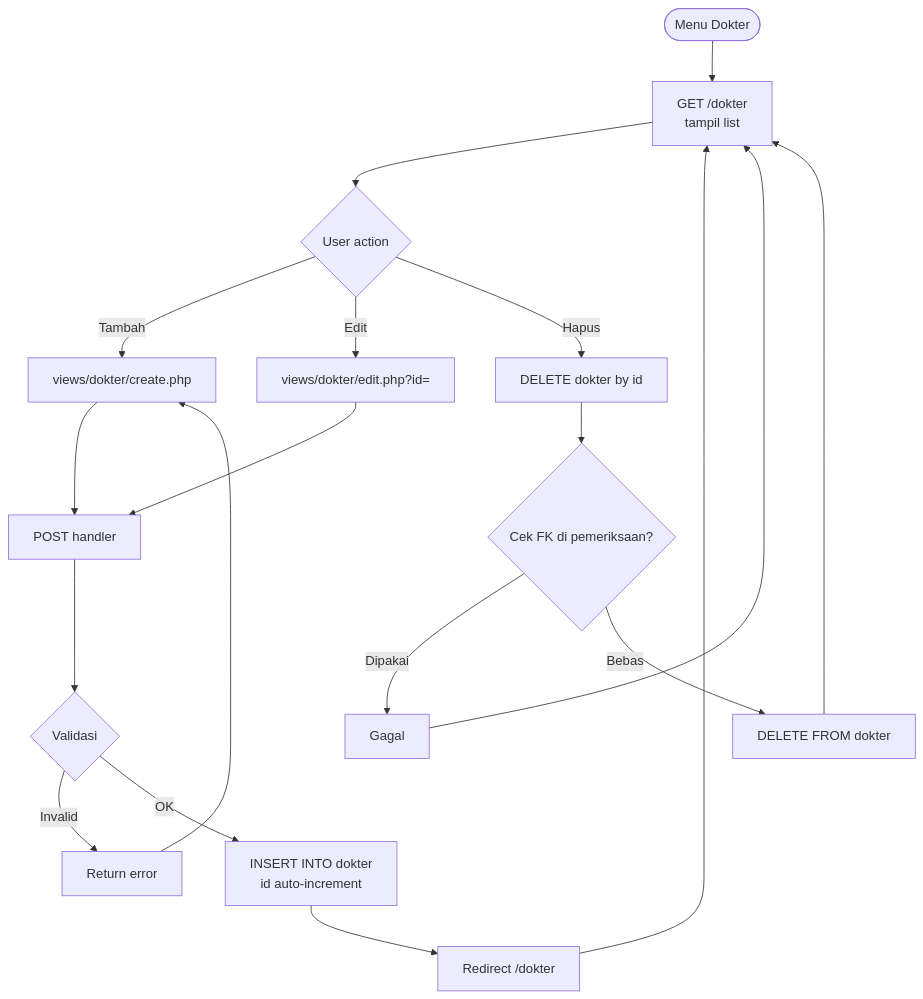
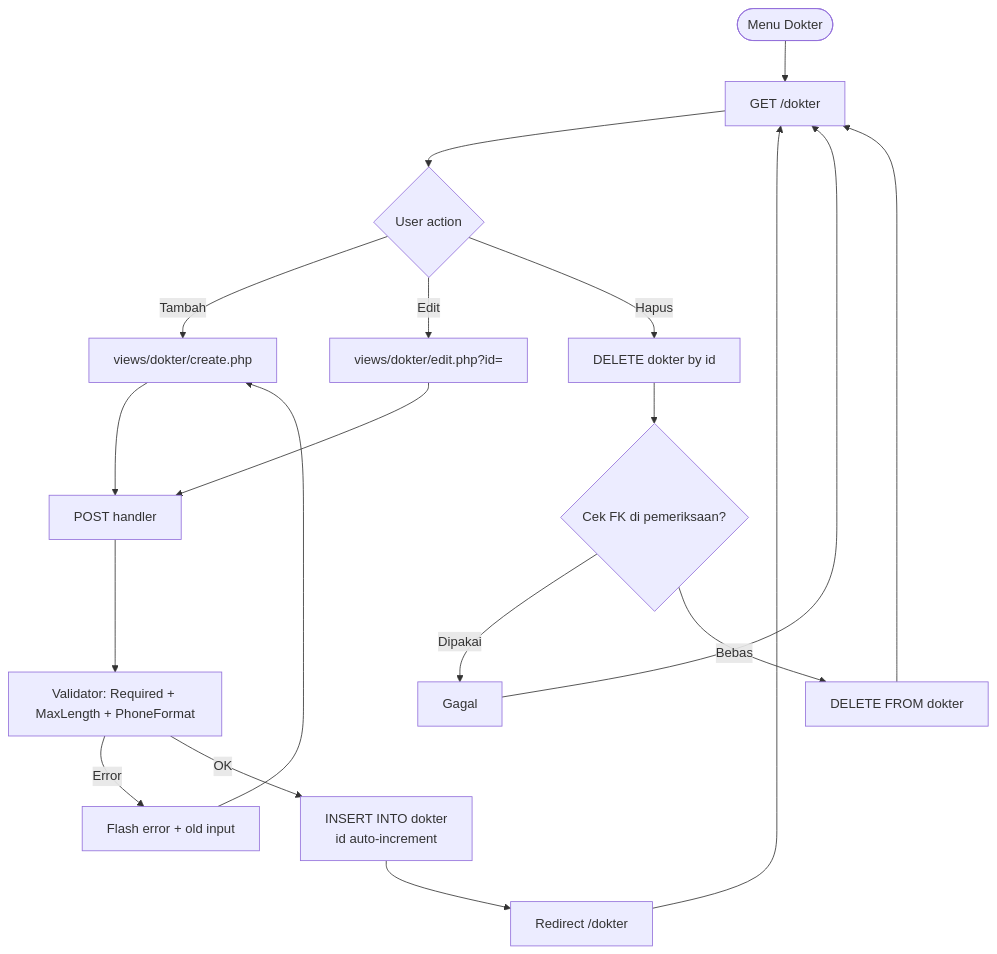
The fourth of 13 diagrams in docs/business-logic.md (TudeOrangBiasa/silk-swarakarna-uas), drawn with Mermaid before and after one commit. The commit also changed other lines of this file and 2 other files, not shown here.

First line of the commit message:
docs: rewrite README + architecture + business-logic (Caveman + Humanizer)

````diff
--- a/docs/business-logic.md
+++ b/docs/business-logic.md
@@ -70,24 +101,24 @@
 ```mermaid
 flowchart TD
-    Start([Menu Dokter]) --> List[GET /dokter<br/>tampil list]
+    Start([Menu Dokter]) --> List[GET /dokter]
     List --> Action{User action}
 
     Action -->|Tambah| Form[views/dokter/create.php]
     Action -->|Edit| FormEdit[views/dokter/edit.php?id=]
     Action -->|Hapus| Del[DELETE dokter by id]
 
     Form --> Submit[POST handler]
     FormEdit --> Submit
-    Submit --> Validate{Validasi}
-    Validate -->|Invalid| Err[Return error]
+    Submit --> Validate[Validator: Required + MaxLength + PhoneFormat]
+    Validate -->|Error| Err[Flash error + old input]
     Err --> Form
     Validate -->|OK| Insert[INSERT INTO dokter<br/>id auto-increment]
     Insert --> Redirect[Redirect /dokter]
     Redirect --> List
 
     Del --> DelCheck{Cek FK di pemeriksaan?}
     DelCheck -->|Dipakai| DelErr[Gagal]
     DelCheck -->|Bebas| DelExec[DELETE FROM dokter]
     DelErr --> List
     DelExec --> List
 ```
````
